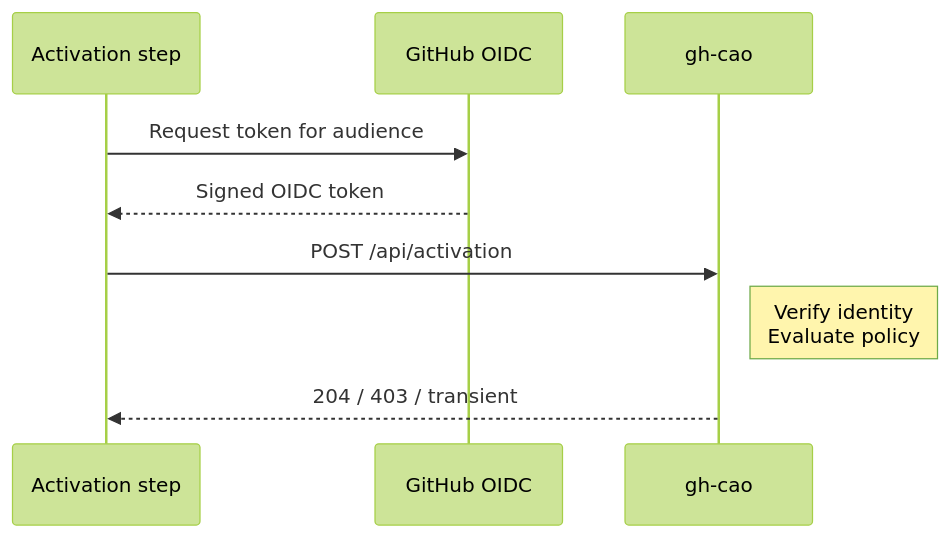
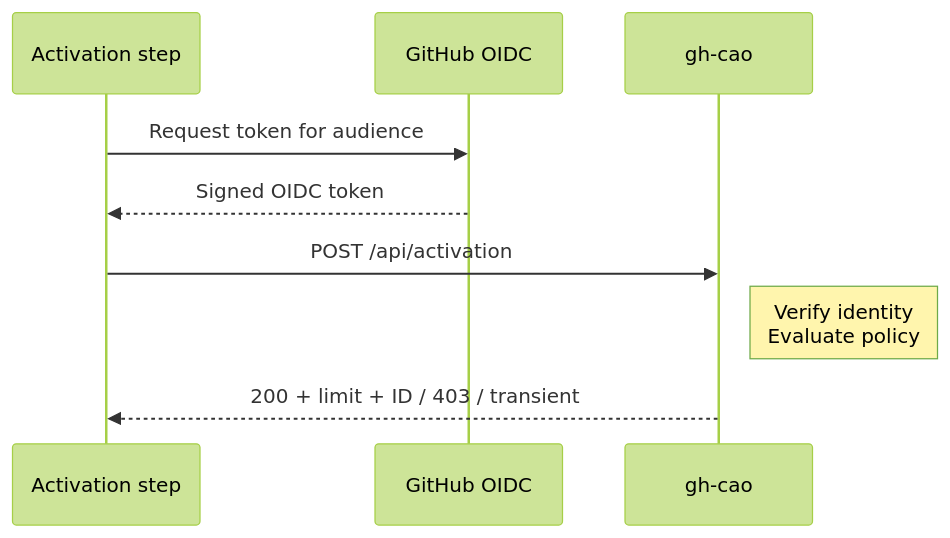
One commit to githubnext/gh-aw changed the first of 3 diagrams in specs/admission-service-spec.md. Above: the diagram before and after it, drawn with Mermaid (forest theme). The commit also changed other lines of this file, not shown here.

````diff
--- a/specs/admission-service-spec.md
+++ b/specs/admission-service-spec.md
@@ -72,12 +72,12 @@
 ```mermaid
 sequenceDiagram
     participant A as Activation step
     participant G as GitHub OIDC
     participant C as gh-cao
 
     A->>G: Request token for audience
     G-->>A: Signed OIDC token
     A->>C: POST /api/activation
     Note right of C: Verify identity<br/>Evaluate policy
-    C-->>A: 204 / 403 / transient
+    C-->>A: 200 + limit + ID / 403 / transient
 ```
````
